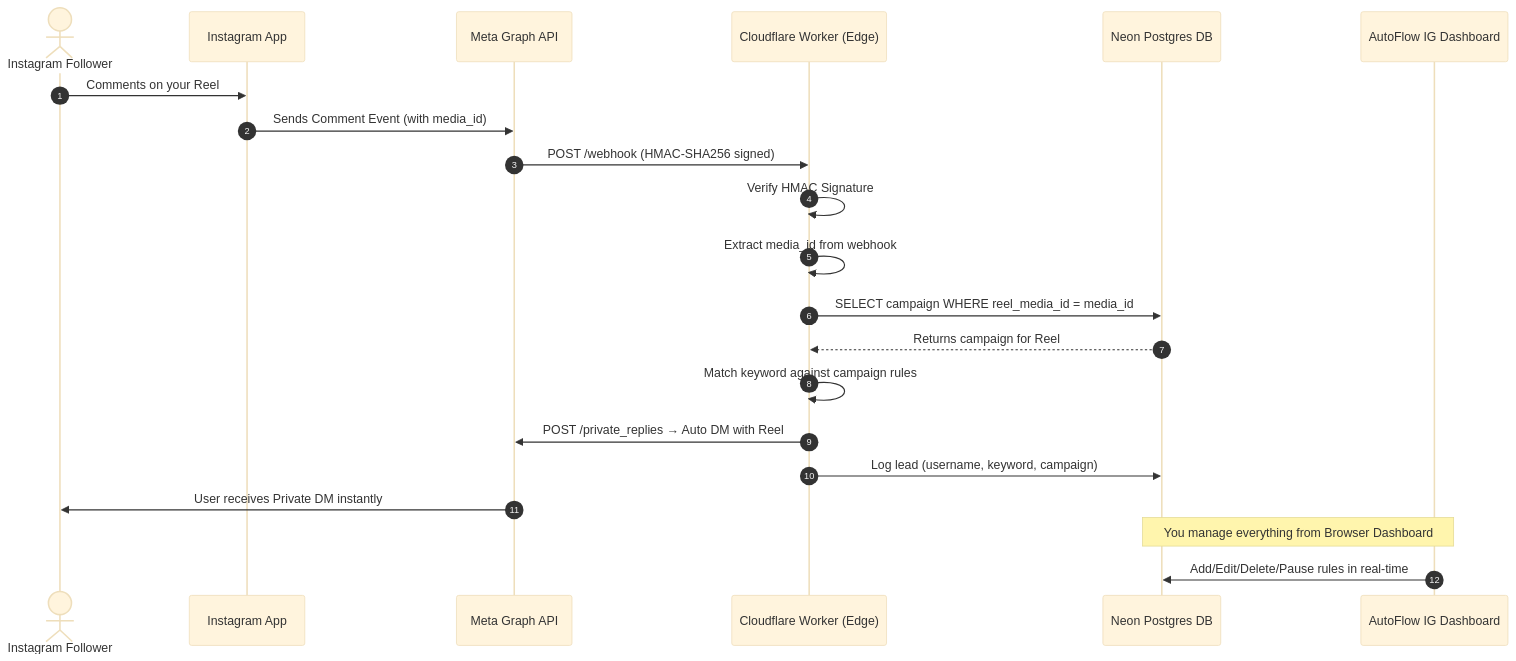
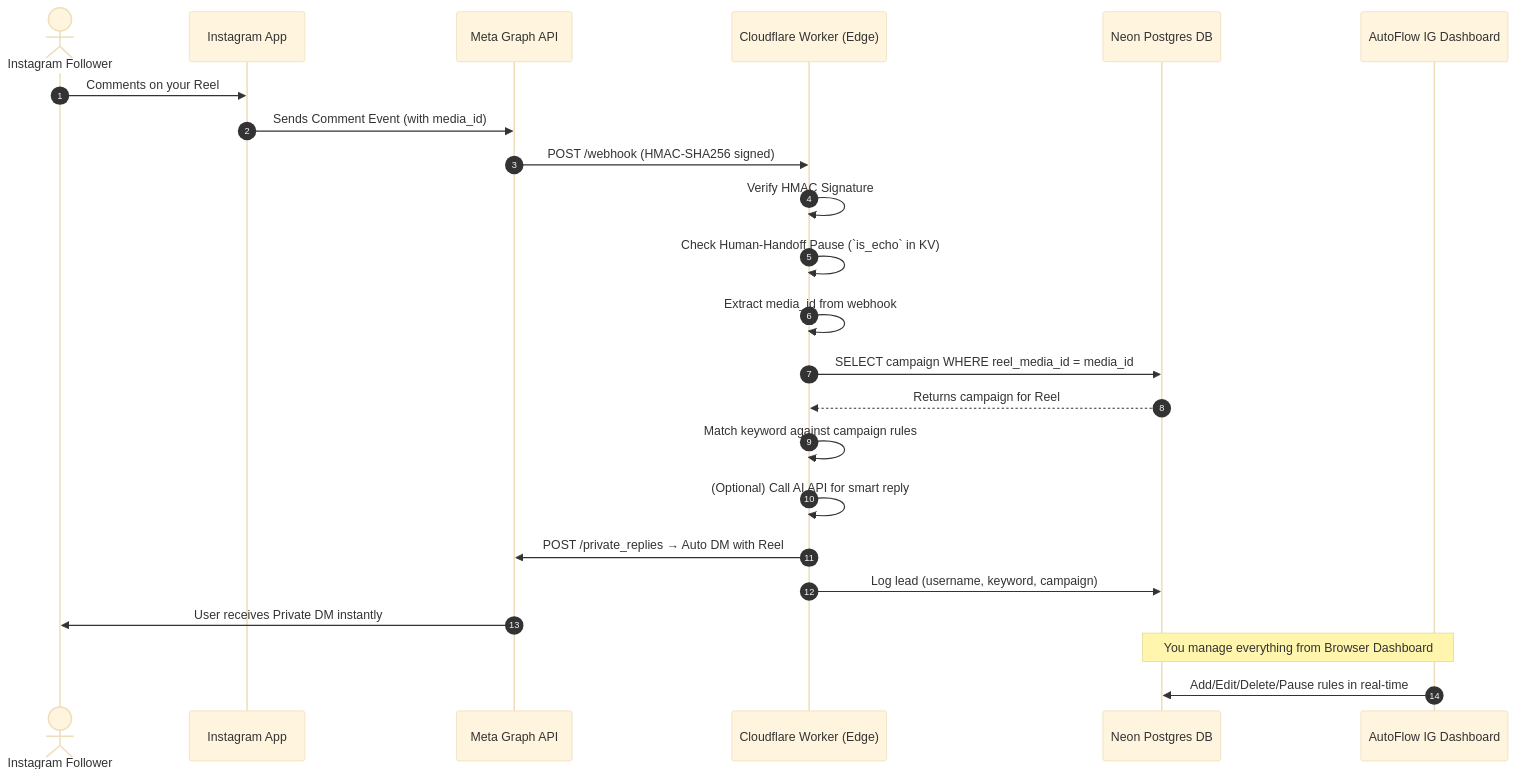
Before and after one commit to adrianak2026/autoflow-ig-automation: the diagram in README.md, drawn with Mermaid (base theme). The commit also changed other lines of this file and 3 other files, not shown here.

Commit message:
feat: Add AI settings tab, worker AI overrides, human handoff (is_echo), and new browser icons

````diff
--- a/README.md
+++ b/README.md
@@ -144,25 +156,27 @@
 ```mermaid
 sequenceDiagram
     autonumber
     actor User as Instagram Follower
     participant Instagram as Instagram App
     participant Meta as Meta Graph API
     participant Worker as Cloudflare Worker (Edge)
     participant Neon as Neon Postgres DB
     participant Dashboard as AutoFlow IG Dashboard
 
     User->>Instagram: Comments on your Reel #42
     Instagram->>Meta: Sends Comment Event (with media_id)
     Meta->>Worker: POST /webhook (HMAC-SHA256 signed)
     Worker->>Worker: Verify HMAC Signature
+    Worker->>Worker: Check Human-Handoff Pause (`is_echo` in KV)
     Worker->>Worker: Extract media_id from webhook
     Worker->>Neon: SELECT campaign WHERE reel_media_id = media_id
     Neon-->>Worker: Returns campaign for Reel #42
     Worker->>Worker: Match keyword against campaign rules
+    Worker->>Worker: (Optional) Call AI API for smart reply
     Worker->>Meta: POST /private_replies → Auto DM with Reel #42 link
     Worker->>Neon: Log lead (username, keyword, campaign)
     Meta->>User: User receives Private DM instantly
 
     Note over Dashboard,Neon: You manage everything from Browser Dashboard
     Dashboard->>Neon: Add/Edit/Delete/Pause rules in real-time
 ```
````
